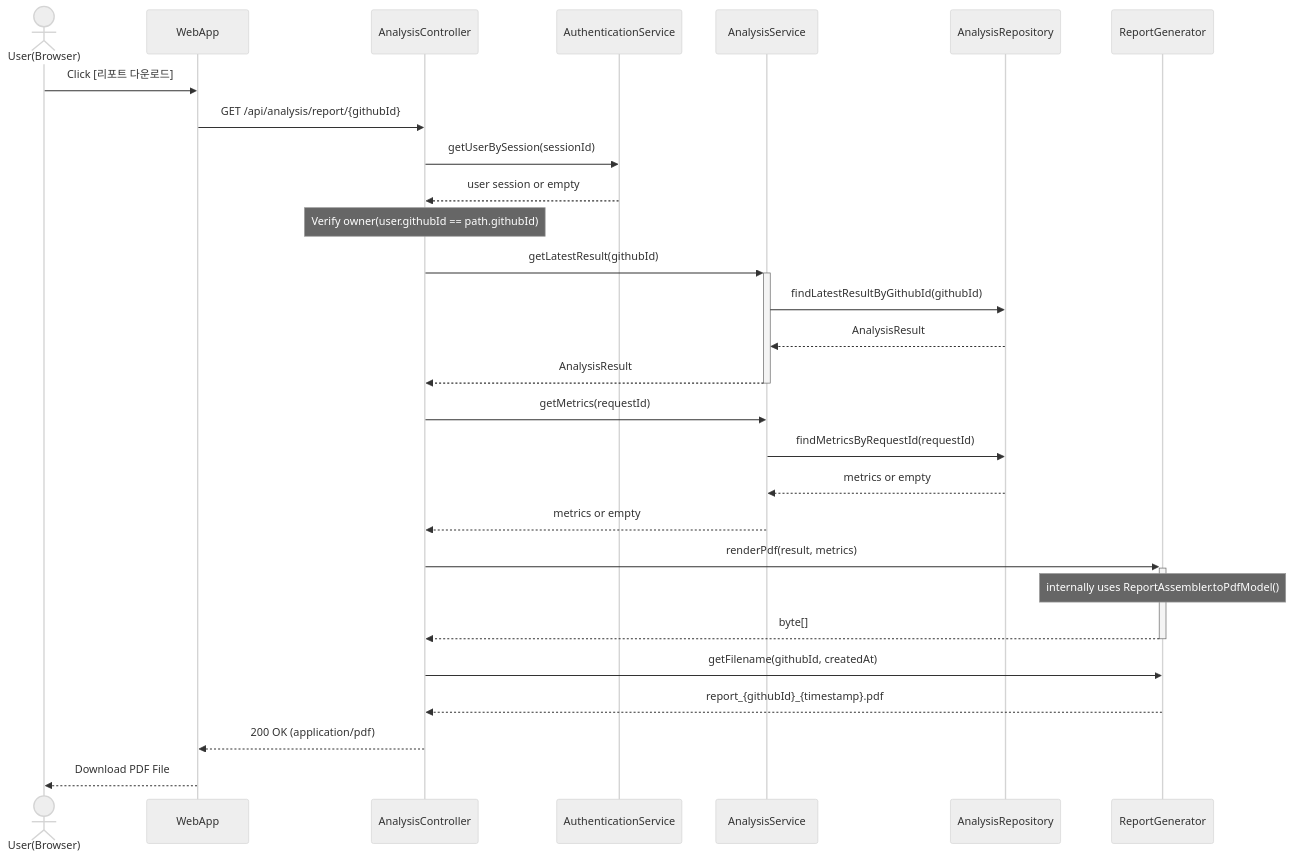
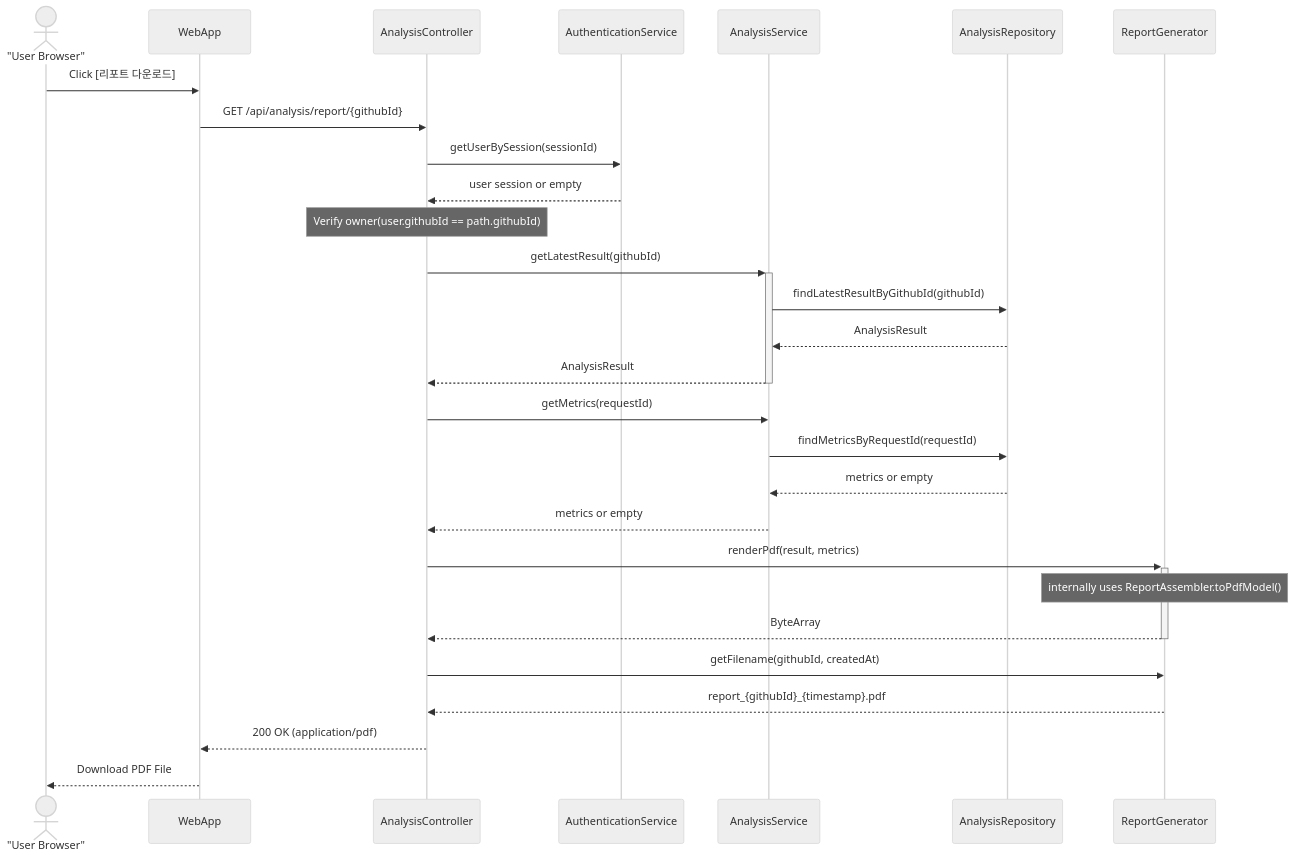
One commit to NotHyoone/OSS_Design changed diagram 18 of 20 in docs/project/[Design]22212046_안효원.md. Above: the diagram before and after it, drawn with Mermaid (neutral theme). The commit also changed other lines of this file and 4 other files, not shown here.

Commit message:
docs: sync project diagrams with implementation

````diff
--- a/docs/project/[Design]22212046_안효원.md
+++ b/docs/project/[Design]22212046_안효원.md
@@ -1896,35 +1901,35 @@
 ```mermaid
 sequenceDiagram
-    actor User as User(Browser)
+    actor User as "User Browser"
     participant WebApp as WebApp
     participant AnalysisCtrl as AnalysisController
     participant AuthSvc as AuthenticationService
     participant AnalysisSvc as AnalysisService
     participant Repo as AnalysisRepository
     participant Generator as ReportGenerator
 
     User->>WebApp: Click [리포트 다운로드]
     WebApp->>AnalysisCtrl: GET /api/analysis/report/{githubId}
     AnalysisCtrl->>AuthSvc: getUserBySession(sessionId)
     AuthSvc-->>AnalysisCtrl: user session or empty
     Note over AnalysisCtrl: Verify owner(user.githubId == path.githubId)
 
     AnalysisCtrl->>+AnalysisSvc: getLatestResult(githubId)
     AnalysisSvc->>Repo: findLatestResultByGithubId(githubId)
     Repo-->>AnalysisSvc: AnalysisResult
     AnalysisSvc-->>-AnalysisCtrl: AnalysisResult
 
     AnalysisCtrl->>AnalysisSvc: getMetrics(requestId)
     AnalysisSvc->>Repo: findMetricsByRequestId(requestId)
     Repo-->>AnalysisSvc: metrics or empty
     AnalysisSvc-->>AnalysisCtrl: metrics or empty
 
     AnalysisCtrl->>+Generator: renderPdf(result, metrics)
     Note over Generator: internally uses ReportAssembler.toPdfModel()
-    Generator-->>-AnalysisCtrl: byte[]
+    Generator-->>-AnalysisCtrl: ByteArray
     AnalysisCtrl->>Generator: getFilename(githubId, createdAt)
     Generator-->>AnalysisCtrl: report_{githubId}_{timestamp}.pdf
 
     AnalysisCtrl-->>WebApp: 200 OK (application/pdf)
     WebApp-->>User: Download PDF File
 ```
````
